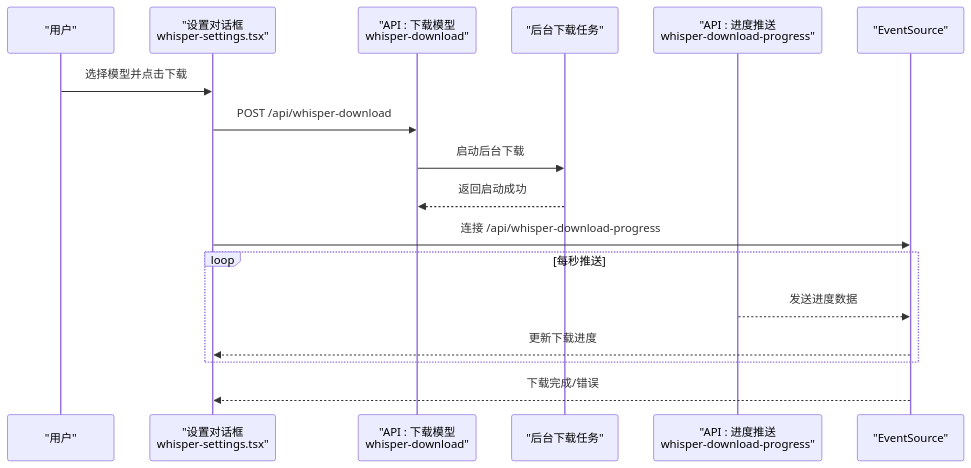
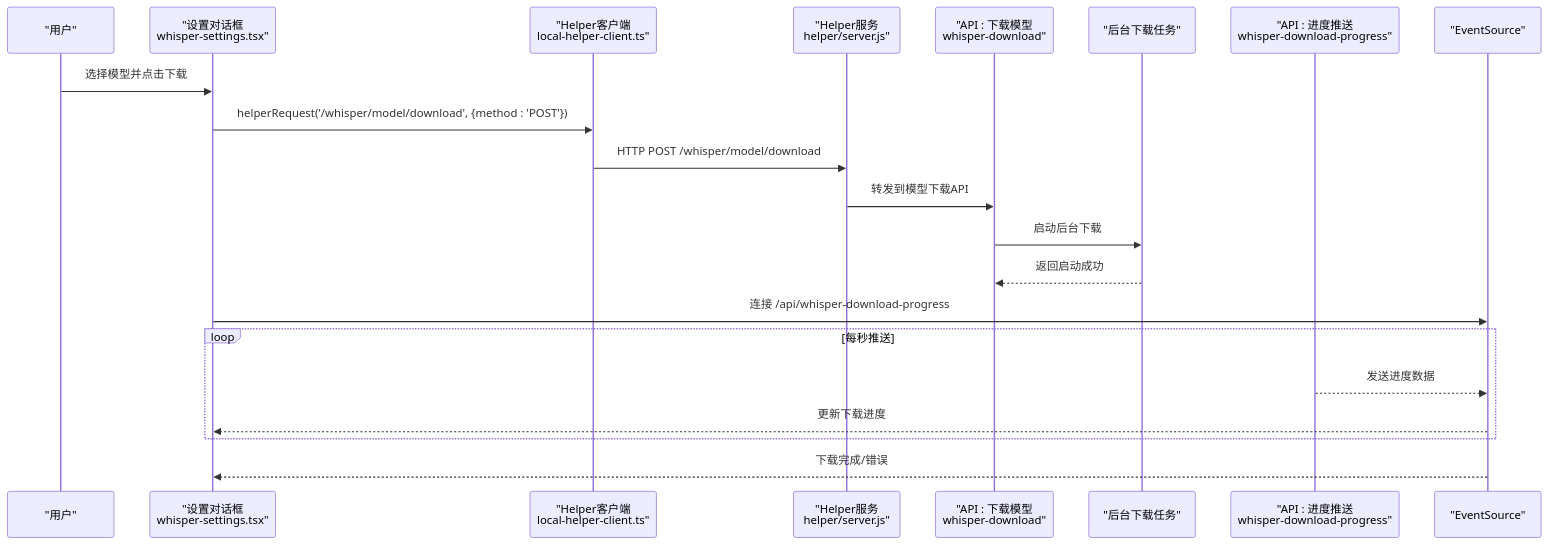
Diagram 22 of 25 in .qoder/repowiki/zh/content/核心功能模块/播客转录功能.md (clawbotai/memo-flow), drawn with Mermaid before and after one commit. The commit also changed other lines of this file and 5 other files, not shown here.

````diff
--- a/.qoder/repowiki/zh/content/核心功能模块/播客转录功能.md
+++ b/.qoder/repowiki/zh/content/核心功能模块/播客转录功能.md
@@ -747,19 +912,23 @@
 ```mermaid
 sequenceDiagram
 participant U as "用户"
 participant S as "设置对话框<br/>whisper-settings.tsx"
+participant HC as "Helper客户端<br/>local-helper-client.ts"
+participant HS as "Helper服务<br/>helper/server.js"
 participant A1 as "API : 下载模型<br/>whisper-download"
 participant BG as "后台下载任务"
 participant A2 as "API : 进度推送<br/>whisper-download-progress"
 participant ES as "EventSource"
 U->>S : 选择模型并点击下载
-S->>A1 : POST /api/whisper-download
+S->>HC : helperRequest('/whisper/model/download', {method : 'POST'})
+HC->>HS : HTTP POST /whisper/model/download
+HS->>A1 : 转发到模型下载API
 A1->>BG : 启动后台下载
 BG-->>A1 : 返回启动成功
 S->>ES : 连接 /api/whisper-download-progress
 loop 每秒推送
 A2-->>ES : 发送进度数据
 ES-->>S : 更新下载进度
 end
 ES-->>S : 下载完成/错误
 ```
````
